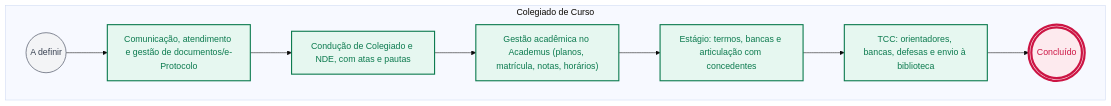
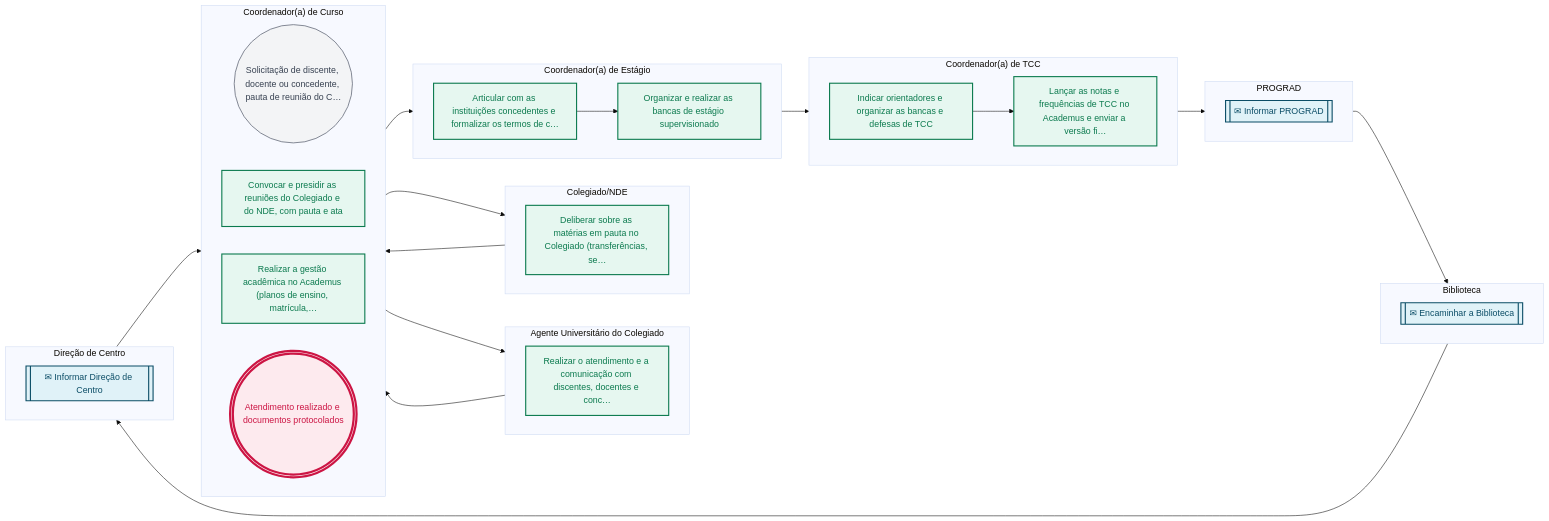
One commit to jessefers/canvas-vivo-atdg changed the second of 2 diagrams in pops/COLEG/COLEG-00.md. Above: the diagram before and after it, drawn with Mermaid (base theme). The commit also changed other lines of this file and 9 other files, not shown here.

````diff
--- a/pops/COLEG/COLEG-00.md
+++ b/pops/COLEG/COLEG-00.md
@@ -119,28 +165,62 @@
 ```mermaid
 flowchart LR
-  subgraph R1["Colegiado de Curso"]
+  subgraph R1["Coordenador(a) de Curso"]
     direction LR
-    e1(("A definir"))
-    e2["Comunicação, atendimento e gestão de documentos/e-Protocolo"]
-    e3["Condução de Colegiado e NDE, com atas e pautas"]
-    e4["Gestão acadêmica no Academus (planos, matrícula, notas, horários)"]
-    e5["Estágio: termos, bancas e articulação com concedentes"]
-    e6["TCC: orientadores, bancas, defesas e envio à biblioteca"]
-    e7((("Concluído")))
+    e1(("Solicitação de discente, docente ou concedente, pauta de reunião do C…"))
+    e3["Convocar e presidir as reuniões do Colegiado e do NDE, com pauta e ata"]
+    e5["Realizar a gestão acadêmica no Academus (planos de ensino, matrícula,…"]
+    e13((("Atendimento realizado e documentos protocolados")))
+  end
+  subgraph R2["Agente Universitário do Colegiado"]
+    direction LR
+    e2["Realizar o atendimento e a comunicação com discentes, docentes e conc…"]
+  end
+  subgraph R3["Colegiado/NDE"]
+    direction LR
+    e4["Deliberar sobre as matérias em pauta no Colegiado (transferências, se…"]
+  end
+  subgraph R4["Coordenador(a) de Estágio"]
+    direction LR
+    e6["Articular com as instituições concedentes e formalizar os termos de c…"]
+    e7["Organizar e realizar as bancas de estágio supervisionado"]
+  end
+  subgraph R5["Coordenador(a) de TCC"]
+    direction LR
+    e8["Indicar orientadores e organizar as bancas e defesas de TCC"]
+    e9["Lançar as notas e frequências de TCC no Academus e enviar a versão fi…"]
+  end
+  subgraph R6["PROGRAD"]
+    direction LR
+    e10[["✉ Informar PROGRAD"]]
+  end
+  subgraph R7["Biblioteca"]
+    direction LR
+    e11[["✉ Encaminhar a Biblioteca"]]
+  end
+  subgraph R8["Direção de Centro"]
+    direction LR
+    e12[["✉ Informar Direção de Centro"]]
   end
   e1 --> e2
   e2 --> e3
   e3 --> e4
   e4 --> e5
   e5 --> e6
   e6 --> e7
+  e7 --> e8
+  e8 --> e9
+  e9 --> e10
+  e10 --> e11
+  e11 --> e12
+  e12 --> e13
   classDef inicio fill:#f3f4f6,stroke:#6b7280,stroke-width:1.5px,color:#374151
   classDef atividade fill:#E6F7F0,stroke:#0B7A4E,stroke-width:2px,color:#0B7A4E
   classDef decisao fill:#FFF4ED,stroke:#C9783A,stroke-width:2px,color:#C9783A
   classDef fim fill:#FDEAEE,stroke:#CC1544,stroke-width:4px,color:#CC1544
   classDef pausa fill:#FDEAEE,stroke:#CC1544,stroke-width:2px,color:#CC1544
   classDef captura fill:#E0F2F8,stroke:#0B4D66,stroke-width:2px,color:#0B4D66
   class e1 inicio
-  class e2,e3,e4,e5,e6 atividade
-  class e7 fim
+  class e2,e3,e4,e5,e6,e7,e8,e9 atividade
+  class e10,e11,e12 captura
+  class e13 fim
 ```
````
